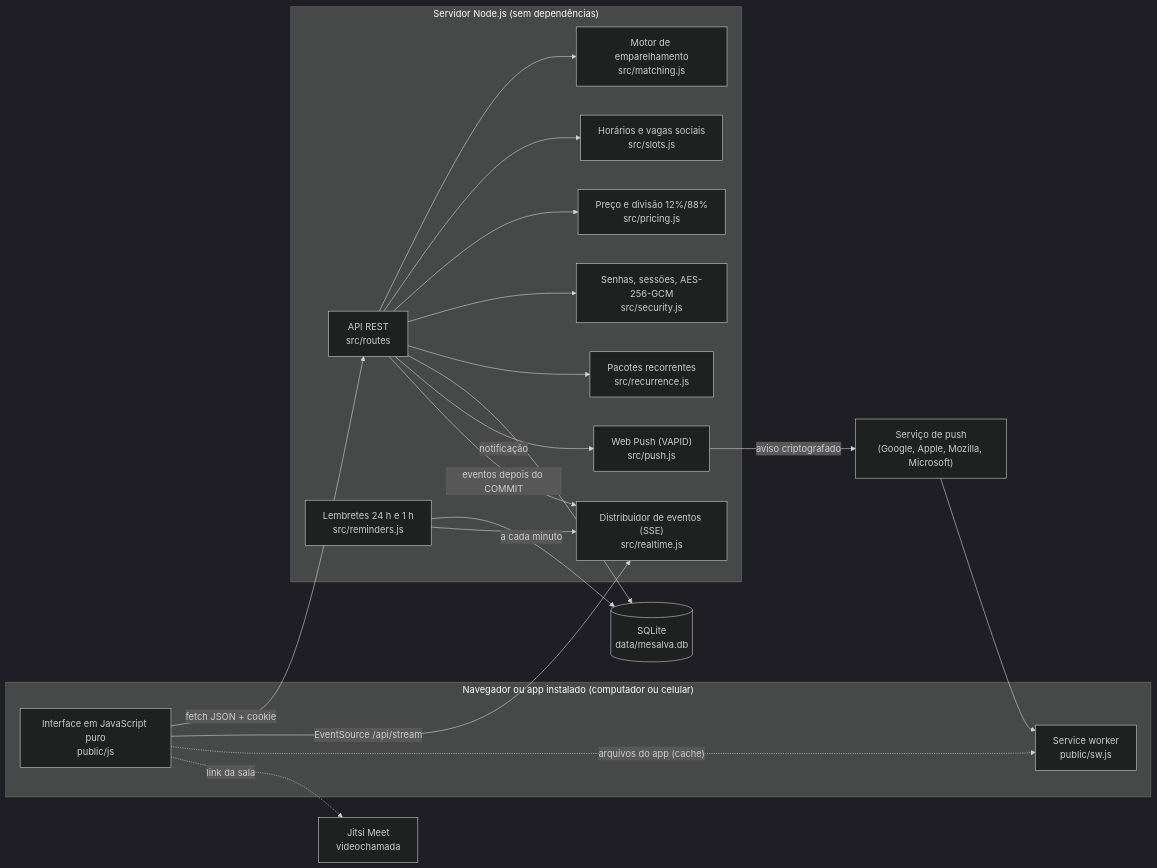
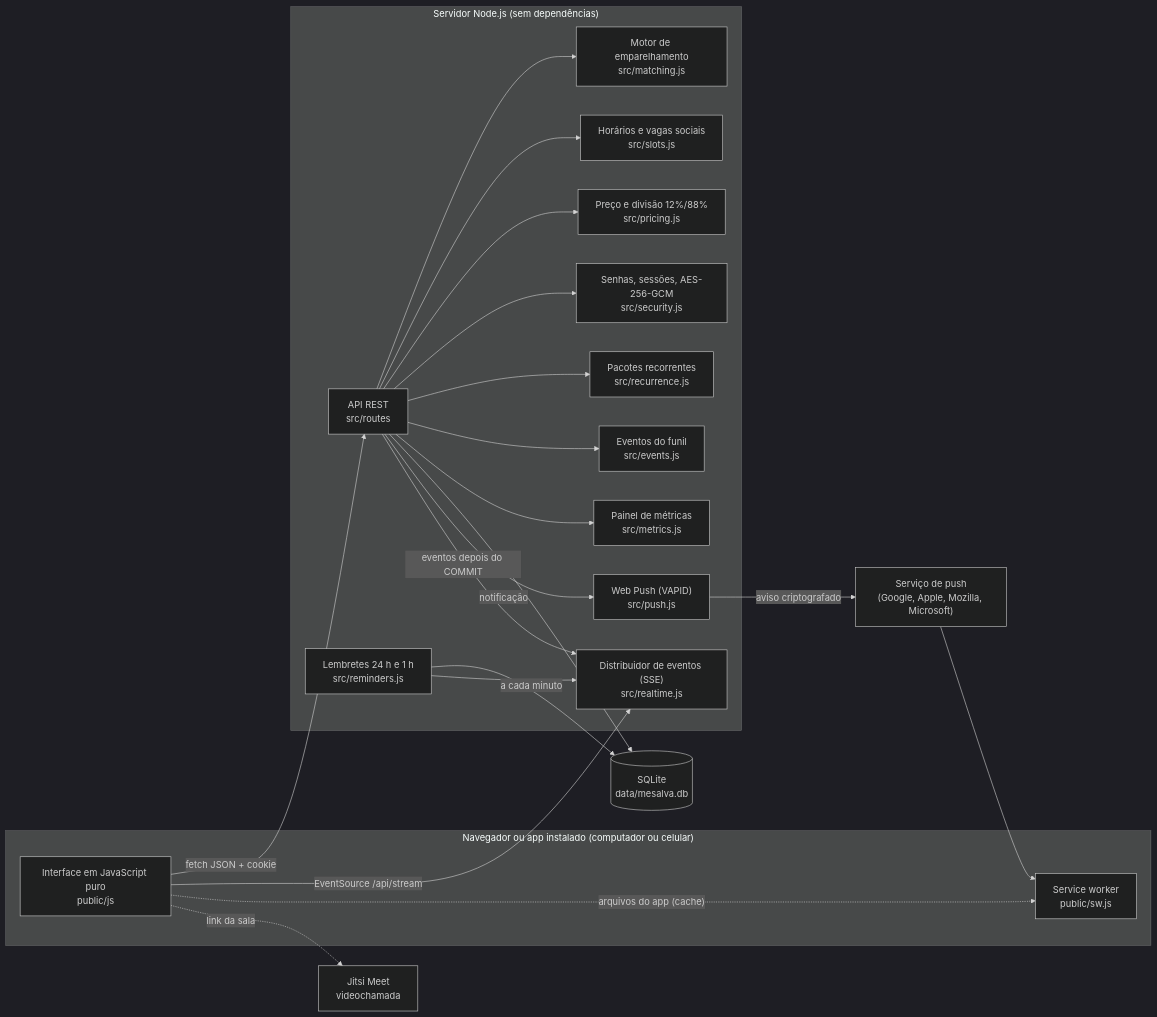
One commit to andreprtl/me-salva changed the diagram in README.md. Above: the diagram before and after it, drawn with Mermaid (dark theme). The commit also changed other lines of this file and 5 other files, not shown here.

````diff
--- a/README.md
+++ b/README.md
@@ -111,33 +134,35 @@
 ```mermaid
 flowchart LR
   subgraph Navegador["Navegador ou app instalado (computador ou celular)"]
     UI["Interface em JavaScript puro<br/>public/js"]
     SW["Service worker<br/>public/sw.js"]
   end
   PS["Serviço de push<br/>(Google, Apple, Mozilla, Microsoft)"]
   subgraph Servidor["Servidor Node.js (sem dependências)"]
     API["API REST<br/>src/routes"]
     M["Motor de emparelhamento<br/>src/matching.js"]
     SL["Horários e vagas sociais<br/>src/slots.js"]
     PR["Preço e divisão 12%/88%<br/>src/pricing.js"]
     SEC["Senhas, sessões, AES-256-GCM<br/>src/security.js"]
     RT["Distribuidor de eventos (SSE)<br/>src/realtime.js"]
     REM["Lembretes 24 h e 1 h<br/>src/reminders.js"]
     REC["Pacotes recorrentes<br/>src/recurrence.js"]
     WP["Web Push (VAPID)<br/>src/push.js"]
+    EV["Eventos do funil<br/>src/events.js"]
+    MET["Painel de métricas<br/>src/metrics.js"]
   end
   DB[("SQLite<br/>data/mesalva.db")]
   V["Jitsi Meet<br/>videochamada"]
   UI -- "fetch JSON + cookie" --> API
   UI -- "EventSource /api/stream" --> RT
-  API --> M & SL & PR & SEC & REC
+  API --> M & SL & PR & SEC & REC & EV & MET
   API --> DB
   UI -. "arquivos do app (cache)" .-> SW
   API -- "notificação" --> WP
   WP -- "aviso criptografado" --> PS
   PS --> SW
   API -- "eventos depois do COMMIT" --> RT
   REM -- "a cada minuto" --> DB
   REM --> RT
   UI -. link da sala .-> V
 ```
````
